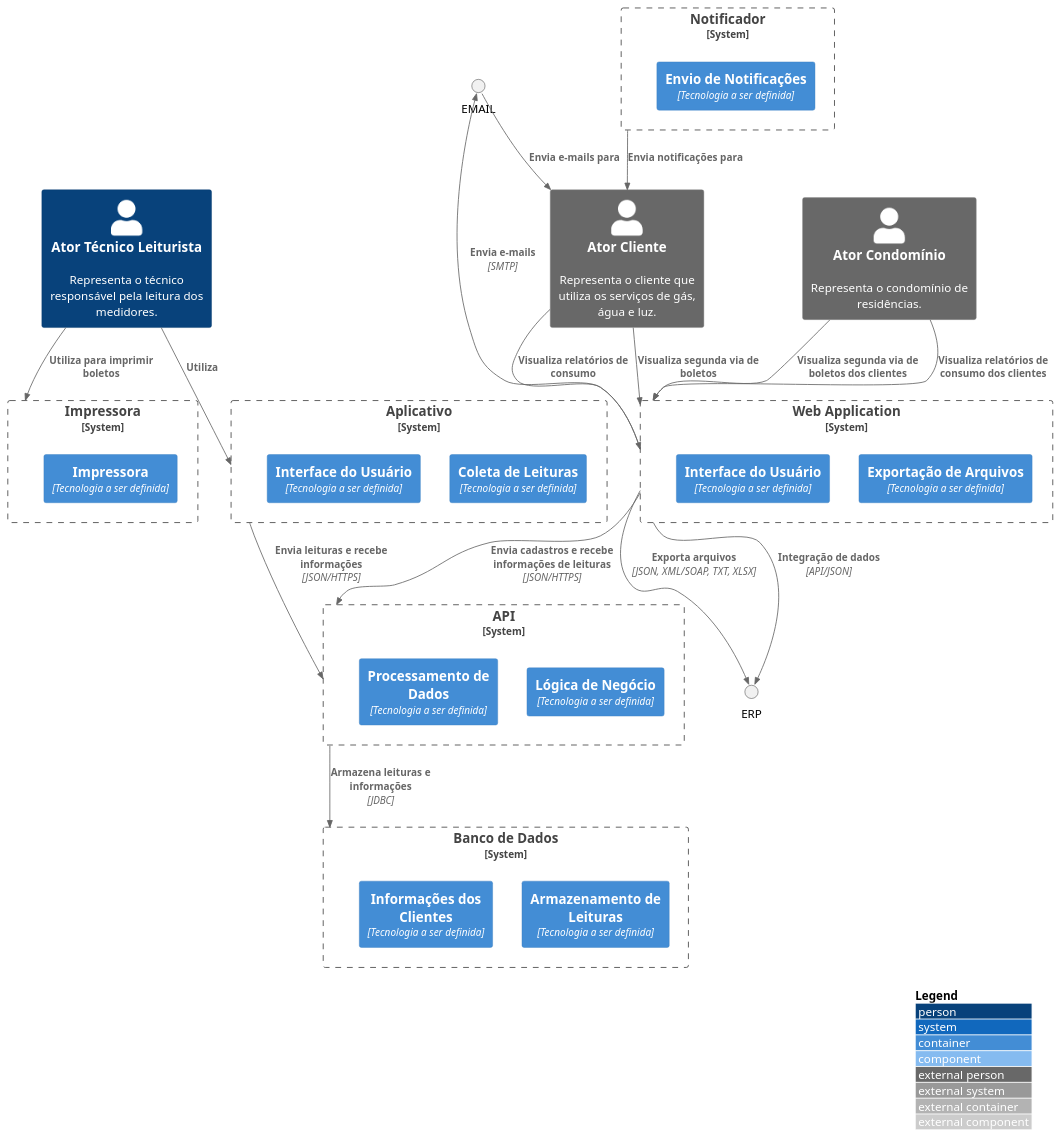
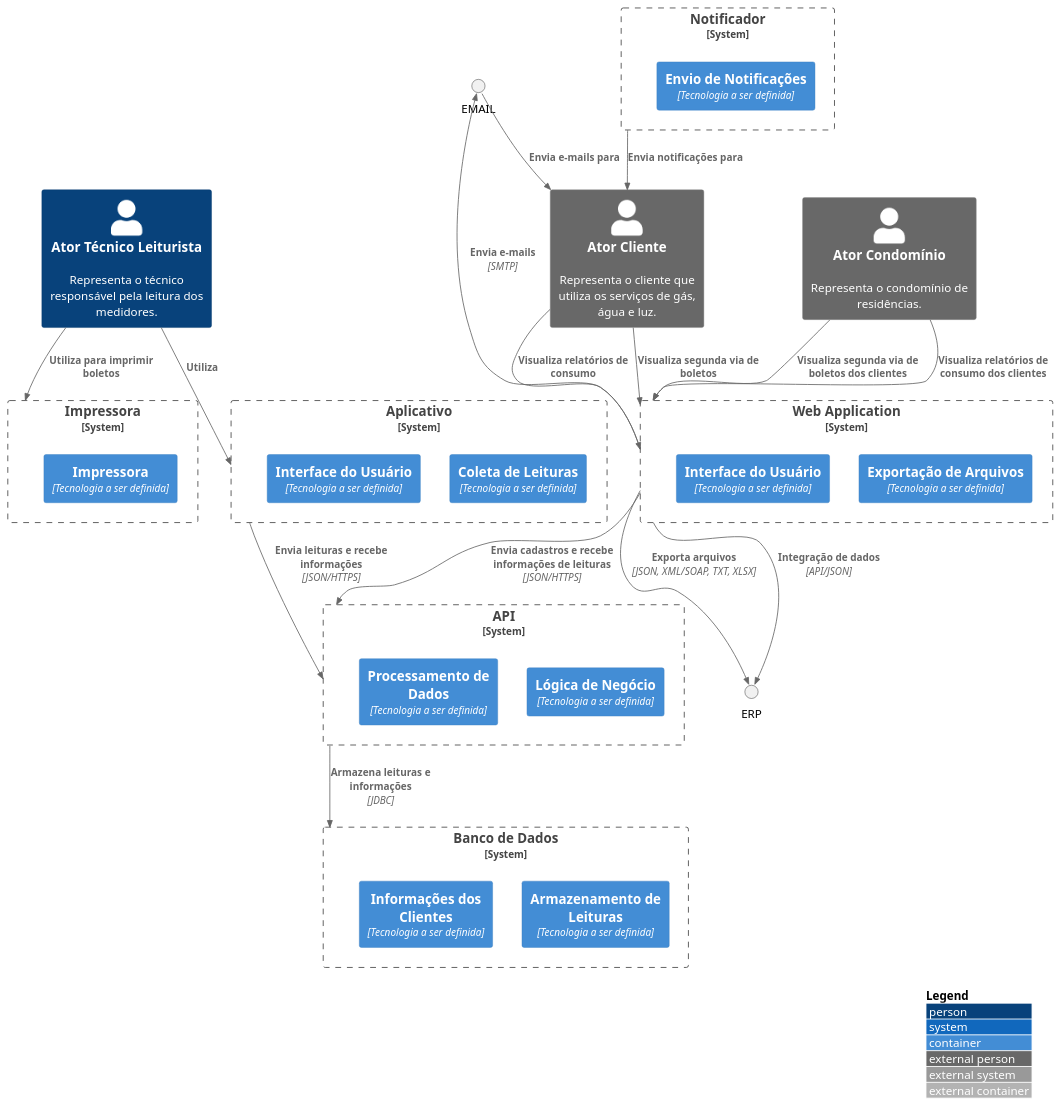
One commit to rafaellima-coder/arquitetura changed the diagram in src/Aplicativo de leitura/Components/component.puml. Above: the diagram before and after it, drawn with PlantUML. The commit also changed 12 other files, not shown here.

```diff
--- a/src/Aplicativo de leitura/Components/component.puml
+++ b/src/Aplicativo de leitura/Components/component.puml
@@ -1,53 +1,54 @@
 @startuml
-!include https://raw.githubusercontent.com/adrianvlupu/C4-PlantUML/v1.4.0/C4_Component.puml
+
+!include https://raw.githubusercontent.com/adrianvlupu/C4-PlantUML/latest/C4_Container.puml
 
 LAYOUT_WITH_LEGEND()
 
 Person(Ator_Tecnico_Leiturista, "Ator Técnico Leiturista", "Representa o técnico responsável pela leitura dos medidores.")
 Person_Ext(Ator_Cliente, "Ator Cliente", "Representa o cliente que utiliza os serviços de gás, água e luz.")
 Person_Ext(Ator_Condominio, "Ator Condomínio", "Representa o condomínio de residências.")
 
 System_Boundary(App, "Aplicativo"){
     Container(Leitura, "Coleta de Leituras", "Tecnologia a ser definida")
     Container(UI, "Interface do Usuário", "Tecnologia a ser definida")
 }
 
 System_Boundary(API, "API"){
     Container(BusinessLogic, "Lógica de Negócio", "Tecnologia a ser definida")
     Container(DataProcessing, "Processamento de Dados", "Tecnologia a ser definida")
 }
 
 System_Boundary(BancoDados, "Banco de Dados"){
     Container(LeituraDB, "Armazenamento de Leituras", "Tecnologia a ser definida")
     Container(ClientDB, "Informações dos Clientes", "Tecnologia a ser definida")
 }
 
 System_Boundary(WebApp, "Web Application"){
     Container(Export, "Exportação de Arquivos", "Tecnologia a ser definida")
     Container(WebUI, "Interface do Usuário", "Tecnologia a ser definida")
 }
 
 System_Boundary(Impressora, "Impressora"){
     Container(Printer, "Impressora", "Tecnologia a ser definida")
 }
 
 System_Boundary(Notificador, "Notificador"){
     Container(Notifier, "Envio de Notificações", "Tecnologia a ser definida")
 }
 
 Rel(Ator_Tecnico_Leiturista, App, "Utiliza")
 Rel(Ator_Cliente,WebApp,  "Visualiza segunda via de boletos")
 Rel(Ator_Cliente,WebApp,  "Visualiza relatórios de consumo")
 Rel(Ator_Condominio,WebApp,  "Visualiza relatórios de consumo dos clientes")
 Rel(Ator_Condominio,WebApp,  "Visualiza segunda via de boletos dos clientes")
 Rel(Ator_Tecnico_Leiturista, Impressora, "Utiliza para imprimir boletos")
 Rel(App, API, "Envia leituras e recebe informações", "JSON/HTTPS")
 Rel(API, BancoDados, "Armazena leituras e informações", "JDBC")
 Rel(WebApp, API, "Envia cadastros e recebe informações de leituras", "JSON/HTTPS")
 Rel(Notificador, Ator_Cliente, "Envia notificações para")
 Rel(WebApp, ERP, "Exporta arquivos", "JSON, XML/SOAP, TXT, XLSX")
 Rel(WebApp, EMAIL, "Envia e-mails", "SMTP")
 Rel(EMAIL, Ator_Cliente, "Envia e-mails para")
 Rel(WebApp, ERP, "Integração de dados", "API/JSON")
 
 @enduml
```
